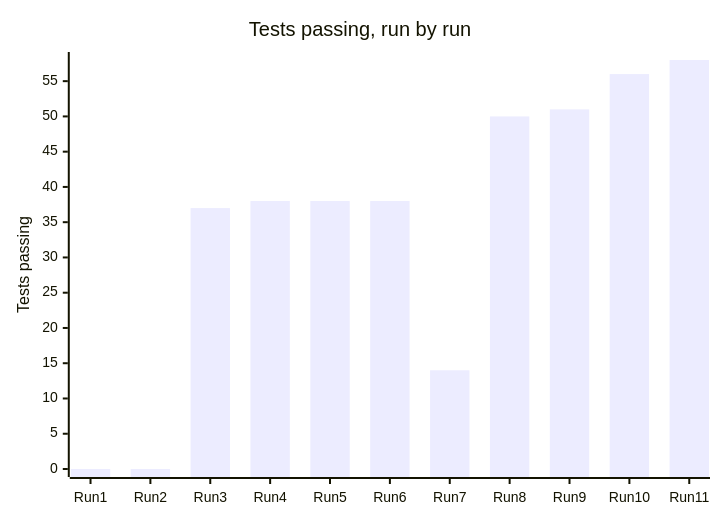
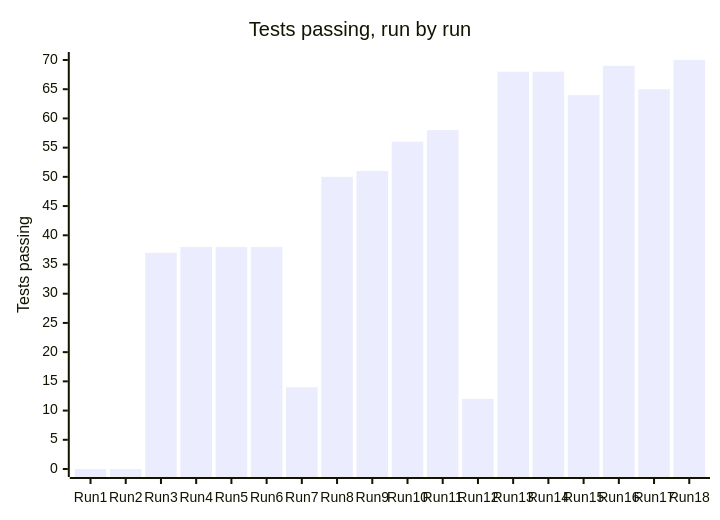
Before and after one commit to b0ts/ai_assisted_sdlc_workflow: the diagram in samples/BeautifulBeachParkVolunteers/docs/d07-02-test-results.md, drawn with Mermaid. The commit also changed other lines of this file and 26 other files, not shown here.

````diff
--- a/samples/BeautifulBeachParkVolunteers/docs/d07-02-test-results.md
+++ b/samples/BeautifulBeachParkVolunteers/docs/d07-02-test-results.md
@@ -53,7 +60,7 @@
 ```mermaid
 xychart-beta
     title "Tests passing, run by run"
-    x-axis [Run 1, Run 2, Run 3, Run 4, Run 5, Run 6, Run 7, Run 8, Run 9, Run 10, Run 11]
-    y-axis "Tests passing" 0 --> 58
-    bar [0, 0, 37, 38, 38, 38, 14, 50, 51, 56, 58]
+    x-axis [Run 1, Run 2, Run 3, Run 4, Run 5, Run 6, Run 7, Run 8, Run 9, Run 10, Run 11, Run 12, Run 13, Run 14, Run 15, Run 16, Run 17, Run 18]
+    y-axis "Tests passing" 0 --> 70
+    bar [0, 0, 37, 38, 38, 38, 14, 50, 51, 56, 58, 12, 68, 68, 64, 69, 65, 70]
 ```
````
